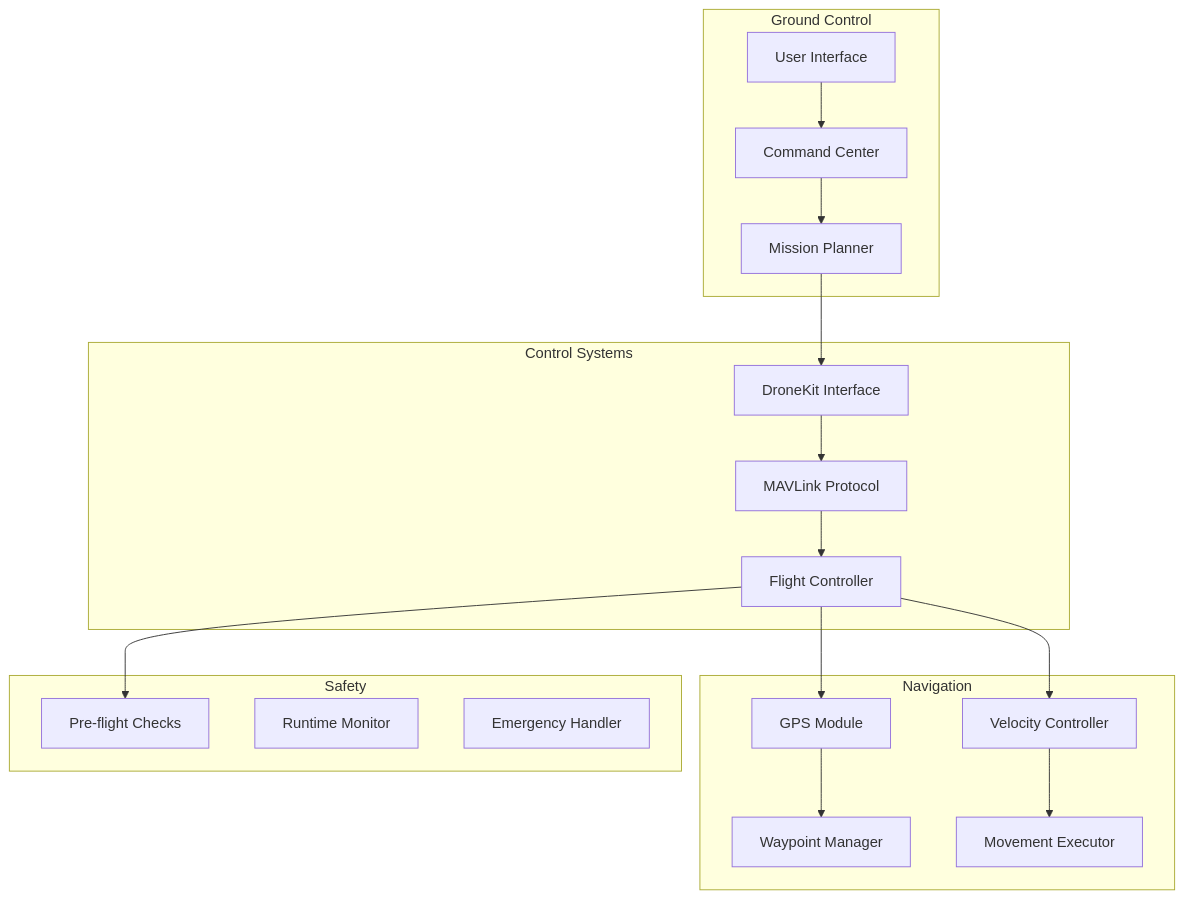
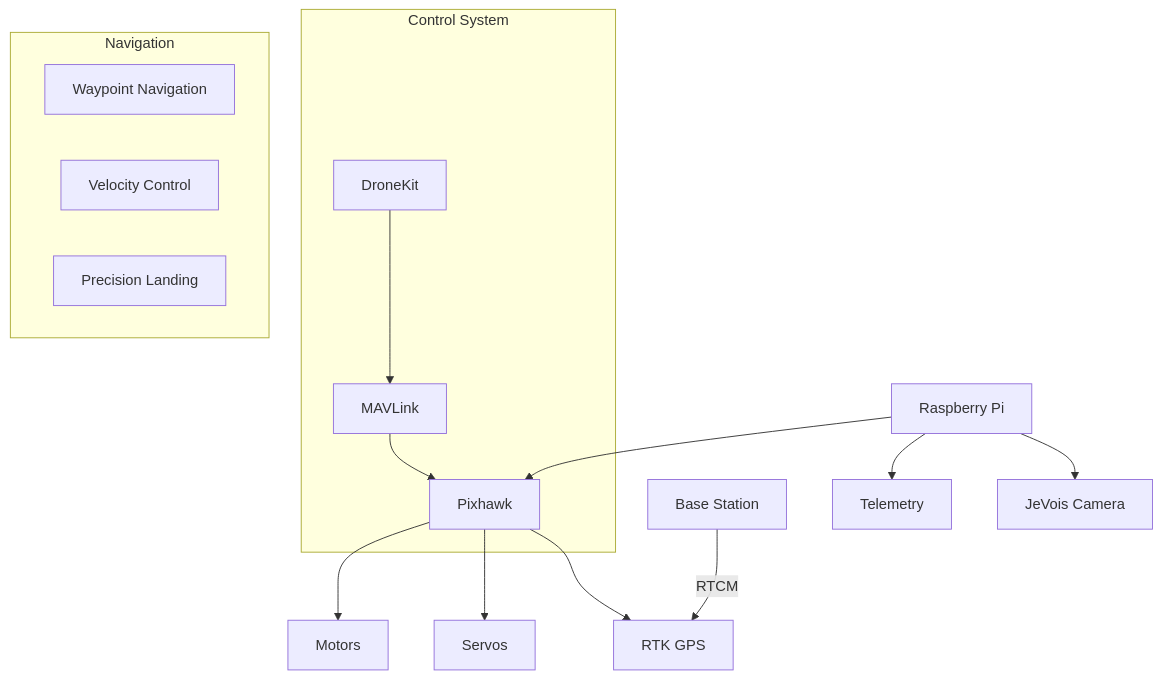
Before and after one commit to khairul-me/Autonomous-Rover-Control-System: the first of 4 diagrams in README.md, drawn with Mermaid. The commit also changed other lines of this file, not shown here.

````diff
--- a/README.md
+++ b/README.md
@@ -61,28 +20,21 @@
 ```mermaid
 graph TD
-    subgraph Ground Control
-        A[User Interface] --> B[Command Center]
-        B --> C[Mission Planner]
-    end
+    A[Raspberry Pi] --> B[Pixhawk]
+    B --> C[RTK GPS]
+    B --> D[Servos]
+    B --> E[Motors]
+    A --> F[JeVois Camera]
+    G[Base Station] --RTCM--> C
+    A --> H[Telemetry]
     
-    subgraph Control Systems
-        D[DroneKit Interface] --> E[MAVLink Protocol]
-        E --> F[Flight Controller]
+    subgraph Control System
+        I[DroneKit] --> J[MAVLink]
+        J --> B
     end
     
     subgraph Navigation
-        G[GPS Module] --> H[Waypoint Manager]
-        I[Velocity Controller] --> J[Movement Executor]
+        K[Waypoint Navigation]
+        L[Velocity Control]
+        M[Precision Landing]
     end
-    
-    subgraph Safety
-        K[Pre-flight Checks]
-        L[Runtime Monitor]
-        M[Emergency Handler]
-    end
-    
-    C --> D
-    F --> G
-    F --> I
-    F --> K
 ```
````
